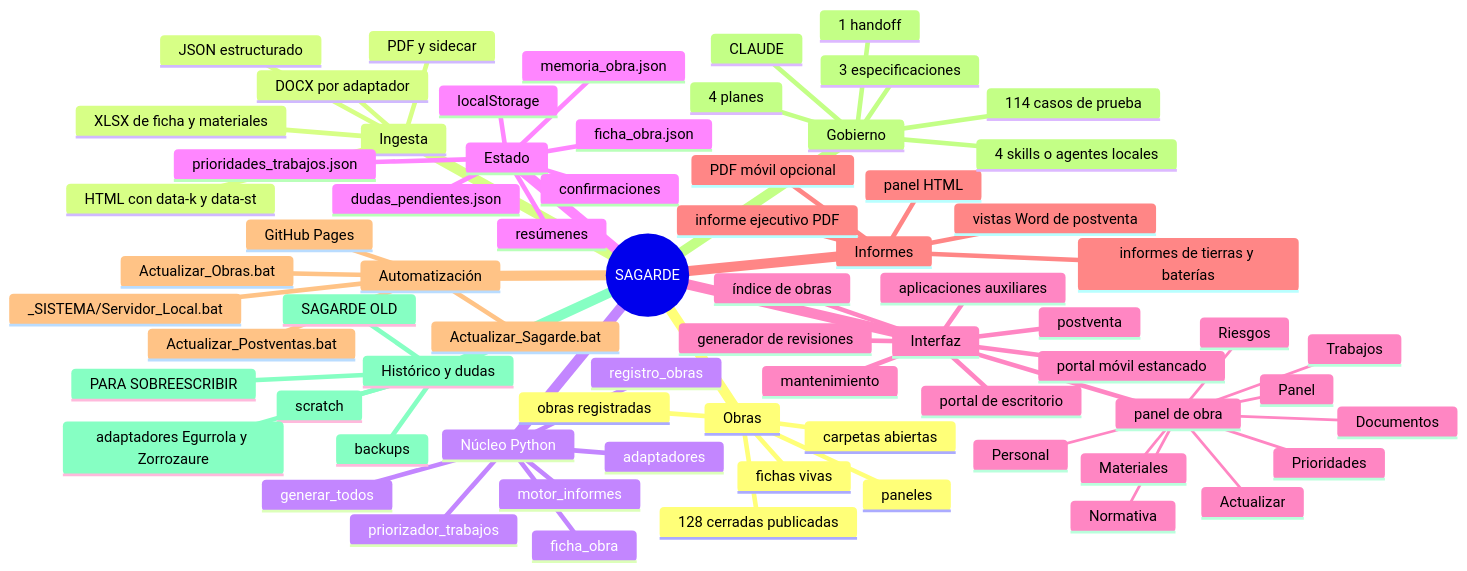
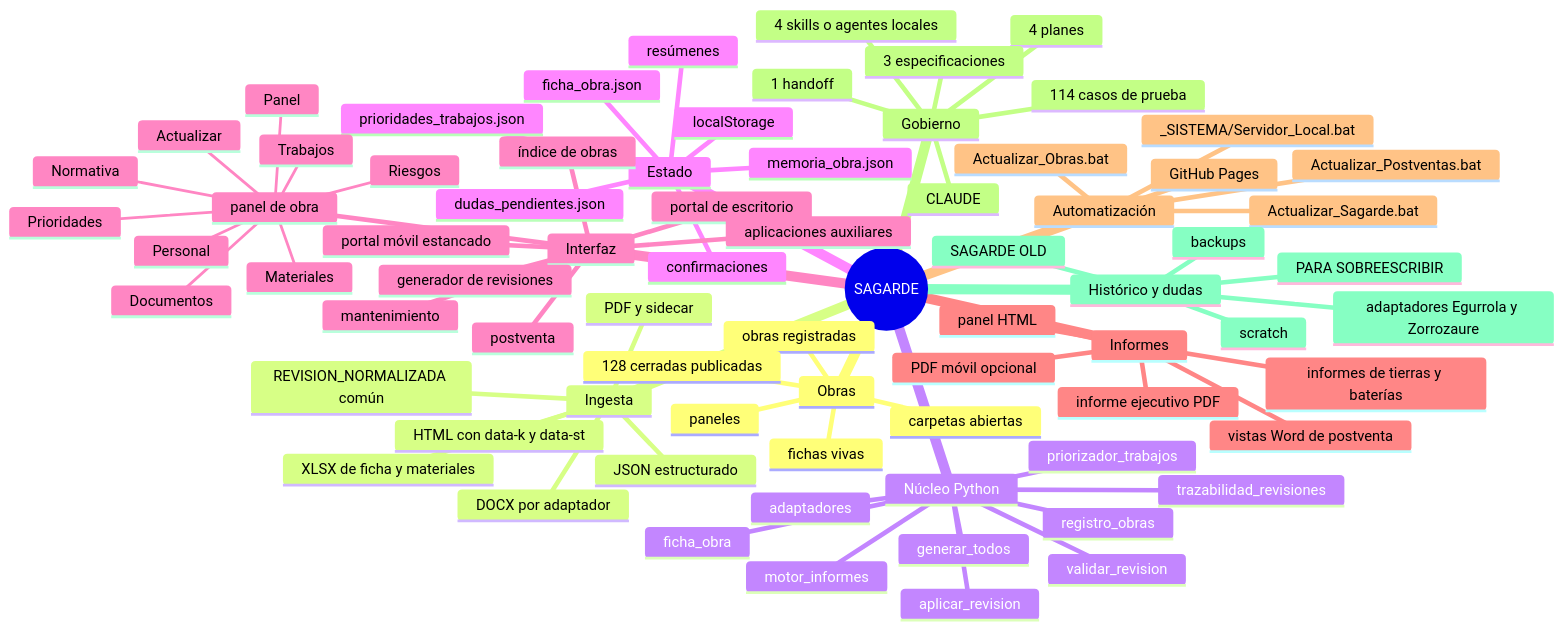
One commit to bixente-69/centro-mando-sagarde changed the first of 4 diagrams in _SISTEMA/docs/SAGARDE_MAPA_MENTAL_ENTORNO.md. Above: the diagram before and after it, drawn with Mermaid. The commit also changed other lines of this file and 155 other files, not shown here.

````diff
--- a/_SISTEMA/docs/SAGARDE_MAPA_MENTAL_ENTORNO.md
+++ b/_SISTEMA/docs/SAGARDE_MAPA_MENTAL_ENTORNO.md
@@ -175,74 +186,78 @@
 ```mermaid
 mindmap
   root((SAGARDE))
     Obras
       carpetas abiertas
       obras registradas
       fichas vivas
       paneles
       128 cerradas publicadas
     Ingesta
       DOCX por adaptador
       PDF y sidecar
       HTML con data-k y data-st
       JSON estructurado
       XLSX de ficha y materiales
+      REVISION_NORMALIZADA común
     Núcleo Python
       registro_obras
       adaptadores
       ficha_obra
+      validar_revision
+      aplicar_revision
+      trazabilidad_revisiones
       motor_informes
       priorizador_trabajos
       generar_todos
     Estado
       ficha_obra.json
       memoria_obra.json
       prioridades_trabajos.json
       dudas_pendientes.json
       confirmaciones
       resúmenes
       localStorage
     Interfaz
       portal de escritorio
       portal móvil estancado
       índice de obras
       panel de obra
         Panel
         Trabajos
         Materiales
         Personal
         Prioridades
         Riesgos
         Normativa
         Documentos
         Actualizar
       generador de revisiones
       postventa
       mantenimiento
       aplicaciones auxiliares
     Informes
       panel HTML
       informe ejecutivo PDF
       PDF móvil opcional
       vistas Word de postventa
       informes de tierras y baterías
     Automatización
       Actualizar_Sagarde.bat
       Actualizar_Obras.bat
       Actualizar_Postventas.bat
       _SISTEMA/Servidor_Local.bat
       GitHub Pages
     Gobierno
       CLAUDE
       4 skills o agentes locales
       4 planes
       1 handoff
       3 especificaciones
       114 casos de prueba
     Histórico y dudas
       SAGARDE OLD
       backups
       scratch
       PARA SOBREESCRIBIR
       adaptadores Egurrola y Zorrozaure
 ```
````
